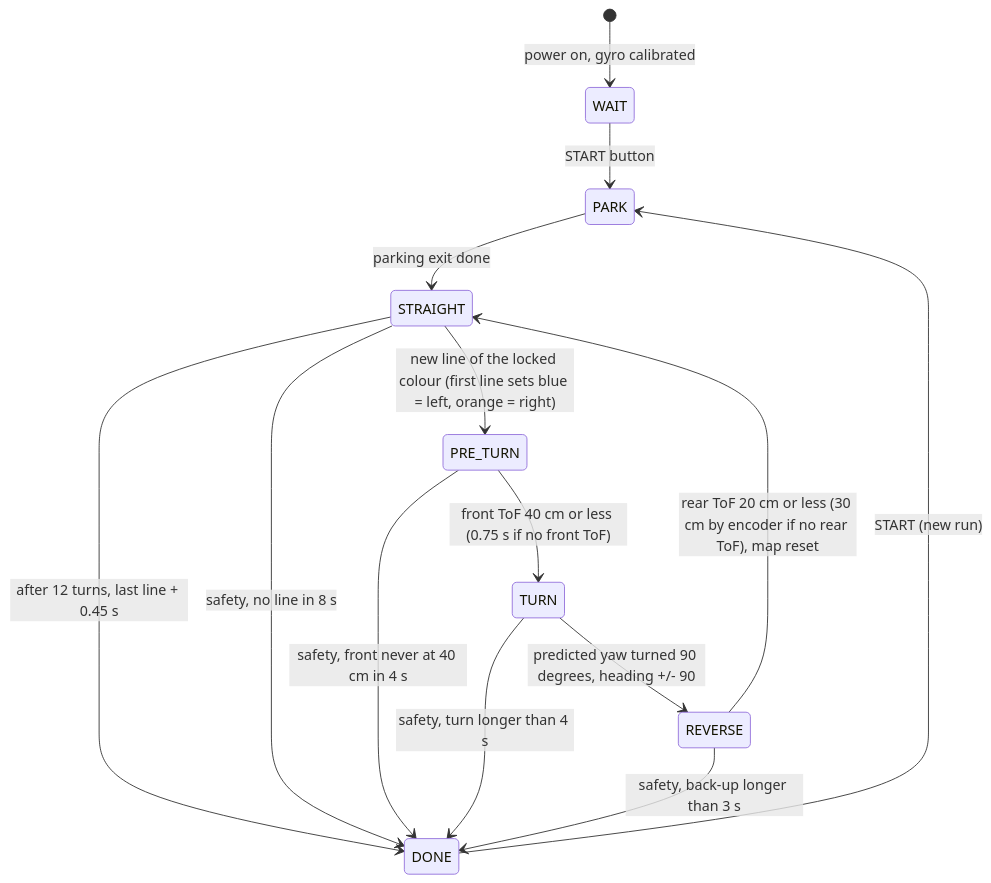
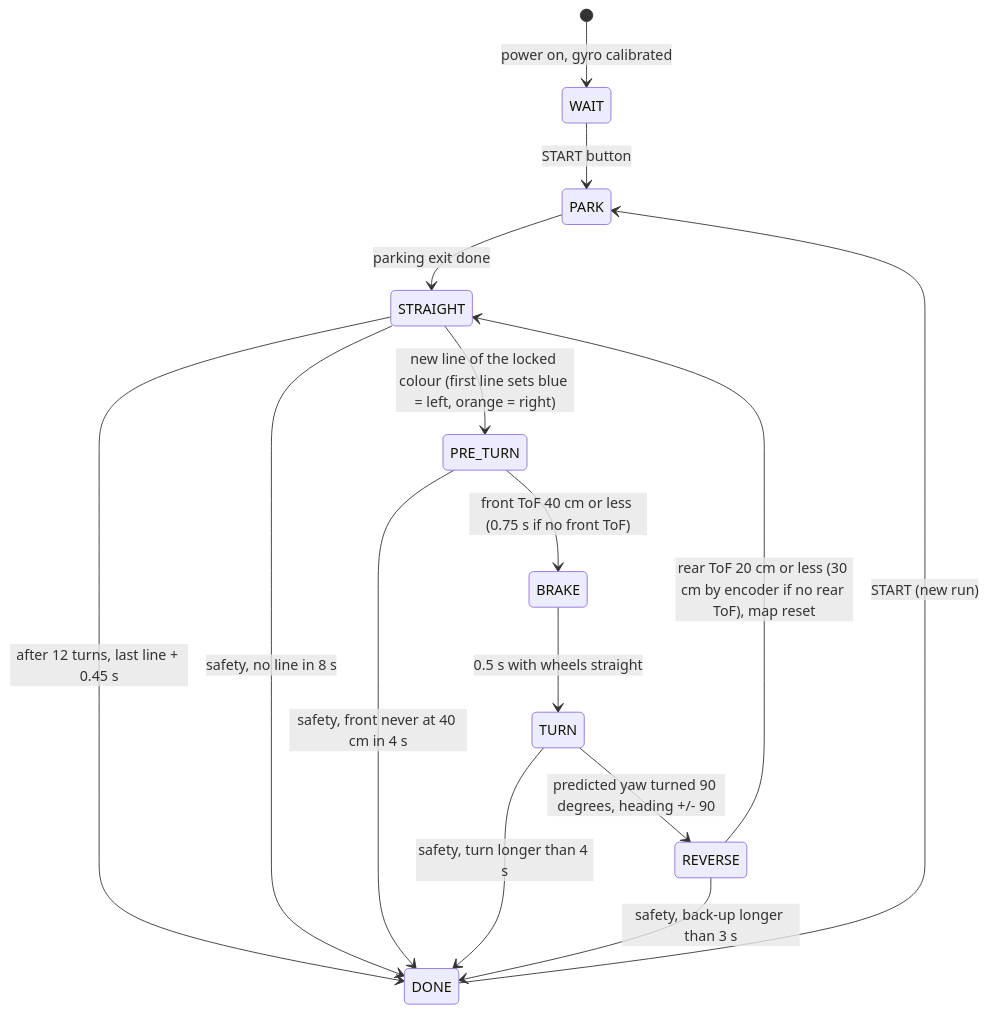
Before and after one commit to henryalejandrorieraloza-sudo/WRO-2026-Future-Engineers-Journal: the fourth of 4 diagrams in README.md, drawn with Mermaid. The commit also changed other lines of this file and 4 other files, not shown here.

````diff
--- a/README.md
+++ b/README.md
@@ -602,16 +602,17 @@
 ```mermaid
 stateDiagram-v2
     [*] --> WAIT: power on, gyro calibrated
     WAIT --> PARK: START button
     PARK --> STRAIGHT: parking exit done
     STRAIGHT --> PRE_TURN: new line of the locked colour (first line sets blue = left, orange = right)
-    PRE_TURN --> TURN: front ToF 40 cm or less (0.75 s if no front ToF)
+    PRE_TURN --> BRAKE: front ToF 40 cm or less (0.75 s if no front ToF)
+    BRAKE --> TURN: 0.5 s with wheels straight
     TURN --> REVERSE: predicted yaw turned 90 degrees, heading +/- 90
     REVERSE --> STRAIGHT: rear ToF 20 cm or less (30 cm by encoder if no rear ToF), map reset
     STRAIGHT --> DONE: after 12 turns, last line + 0.45 s
     STRAIGHT --> DONE: safety, no line in 8 s
     PRE_TURN --> DONE: safety, front never at 40 cm in 4 s
     TURN --> DONE: safety, turn longer than 4 s
     REVERSE --> DONE: safety, back-up longer than 3 s
     DONE --> PARK: START (new run)
 ```
````
